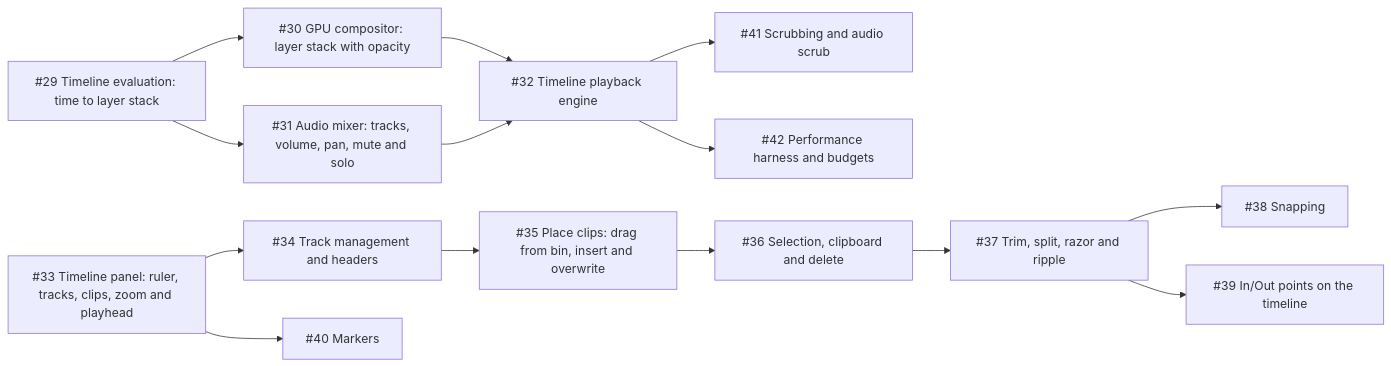
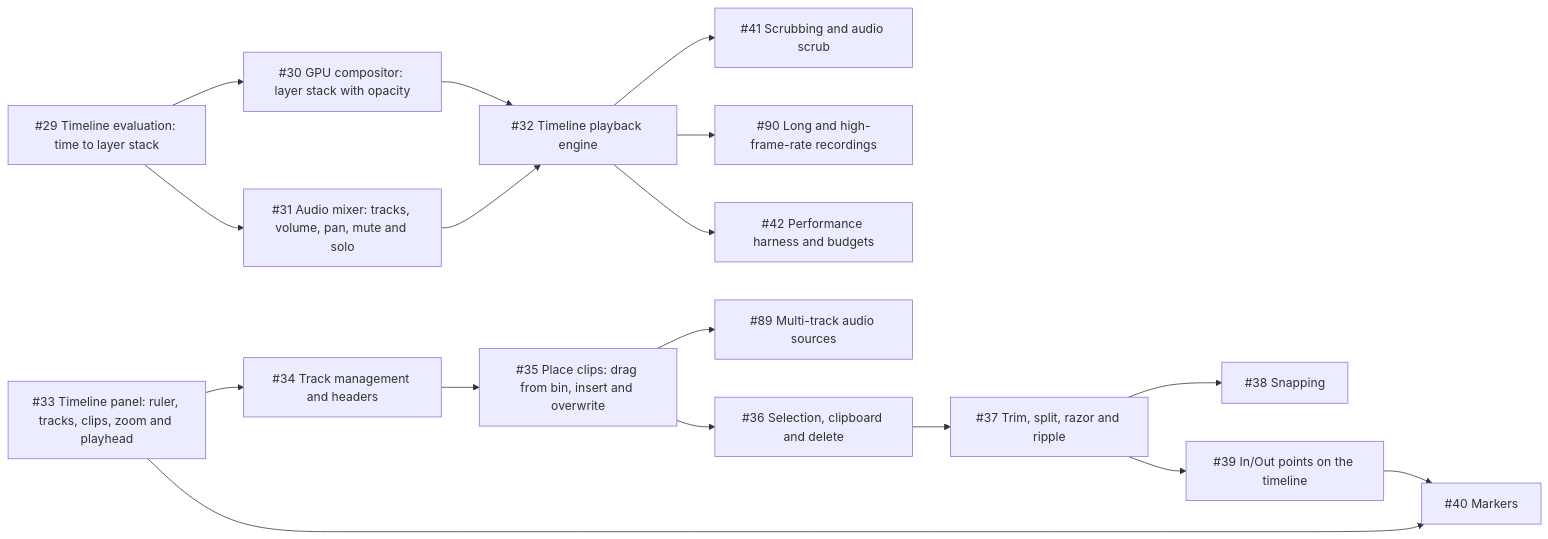
The third of 7 diagrams in docs/ROADMAP.md (jarradbanks/jvid), drawn with Mermaid before and after one commit. The commit also changed other lines of this file and 5 other files, not shown here.

````diff
--- a/docs/ROADMAP.md
+++ b/docs/ROADMAP.md
@@ -162,30 +162,35 @@
 ```mermaid
 flowchart LR
   eval["#35;29 Timeline evaluation: time to layer stack"]
   compositor["#35;30 GPU compositor: layer stack with opacity"]
   mixer["#35;31 Audio mixer: tracks, volume, pan, mute and solo"]
   playback["#35;32 Timeline playback engine"]
   timeline_widget["#35;33 Timeline panel: ruler, tracks, clips, zoom and playhead"]
   tracks["#35;34 Track management and headers"]
   place_clips["#35;35 Place clips: drag from bin, insert and overwrite"]
+  multi_audio["#35;89 Multi-track audio sources"]
   select_clipboard["#35;36 Selection, clipboard and delete"]
   trim_split["#35;37 Trim, split, razor and ripple"]
   snapping["#35;38 Snapping"]
   in_out["#35;39 In/Out points on the timeline"]
   markers["#35;40 Markers"]
   scrub["#35;41 Scrubbing and audio scrub"]
+  long_hfr["#35;90 Long and high-frame-rate recordings"]
   perf_harness["#35;42 Performance harness and budgets"]
   eval --> compositor
   eval --> mixer
   compositor --> playback
   mixer --> playback
   timeline_widget --> tracks
   tracks --> place_clips
+  place_clips --> multi_audio
   place_clips --> select_clipboard
   select_clipboard --> trim_split
   trim_split --> snapping
   trim_split --> in_out
   timeline_widget --> markers
+  in_out --> markers
   playback --> scrub
+  playback --> long_hfr
   playback --> perf_harness
 ```
````
